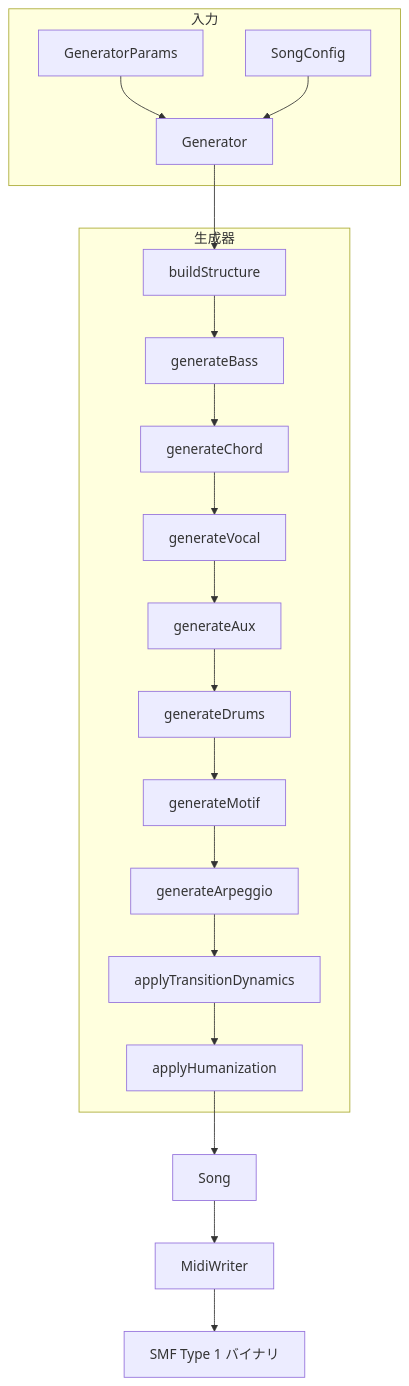
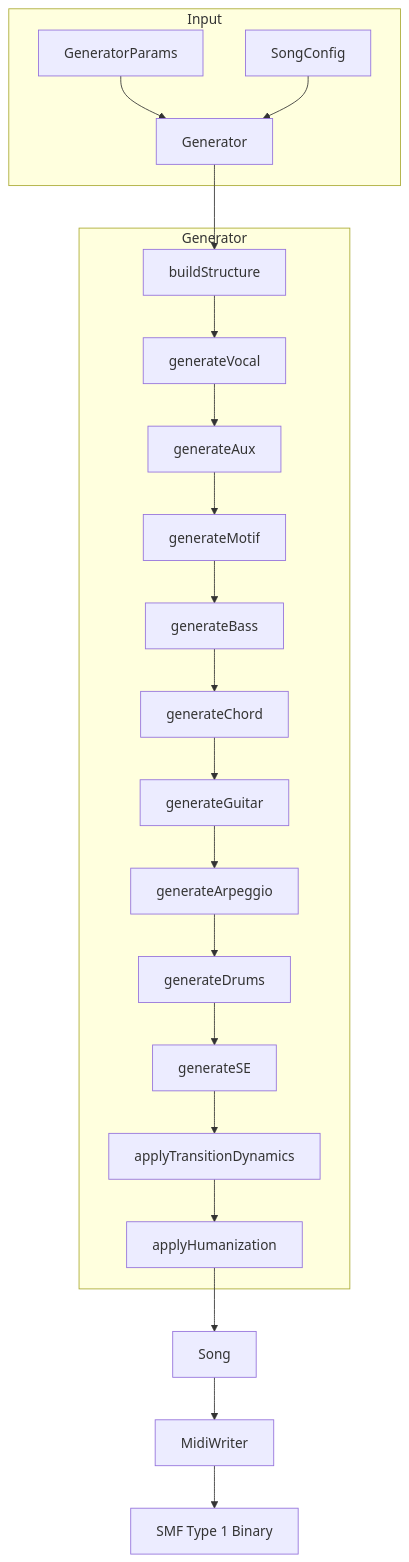
The first of 2 diagrams in src/ja/docs/architecture.md (libraz/midi-sketch-homepage), drawn with Mermaid before and after one commit. The commit also changed other lines of this file and 24 other files, not shown here.

````diff
--- a/src/ja/docs/architecture.md
+++ b/src/ja/docs/architecture.md
@@ -118,24 +126,26 @@
 ```mermaid
 flowchart TD
-    subgraph Input ["入力"]
+    subgraph Input
         A[GeneratorParams] --> G
         B[SongConfig] --> G
     end
 
-    subgraph Generator ["生成器"]
-        G[Generator] --> S1[buildStructure]
-        S1 --> S2[generateBass]
-        S2 --> S3[generateChord]
-        S3 --> S4[generateVocal]
-        S4 --> S5[generateAux]
-        S5 --> S6[generateDrums]
-        S6 --> S7[generateMotif]
-        S7 --> S8[generateArpeggio]
-        S8 --> S9[applyTransitionDynamics]
-        S9 --> S10[applyHumanization]
+    subgraph Generator
+        G[Generator] --> S0[buildStructure]
+        S0 --> S1[generateVocal]
+        S1 --> S2[generateAux]
+        S2 --> S3[generateMotif]
+        S3 --> S4[generateBass]
+        S4 --> S5[generateChord]
+        S5 --> S6[generateGuitar]
+        S6 --> S7[generateArpeggio]
+        S7 --> S8[generateDrums]
+        S8 --> S9[generateSE]
+        S9 --> S10[applyTransitionDynamics]
+        S10 --> S11[applyHumanization]
     end
 
-    S10 --> Song
+    S11 --> Song
     Song --> MW[MidiWriter]
-    MW --> MIDI["SMF Type 1 バイナリ"]
+    MW --> MIDI["SMF Type 1 Binary"]
 ```
````
